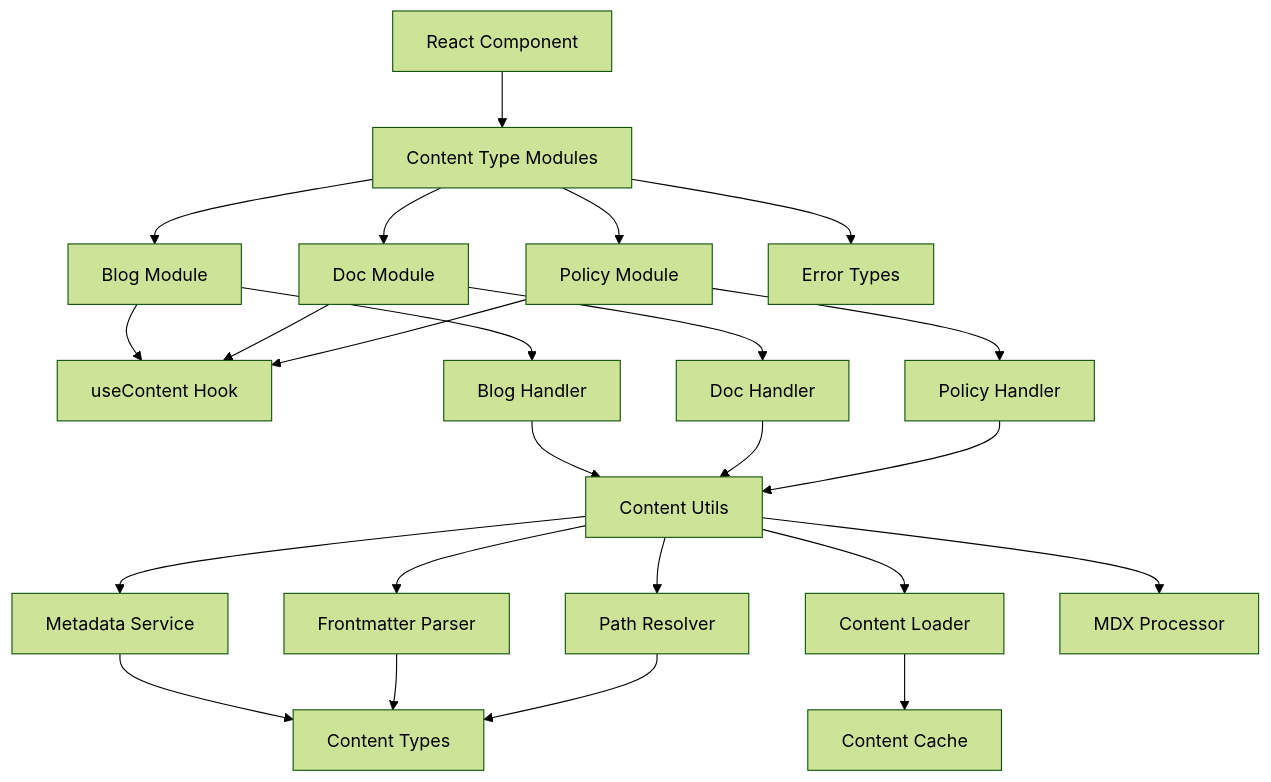
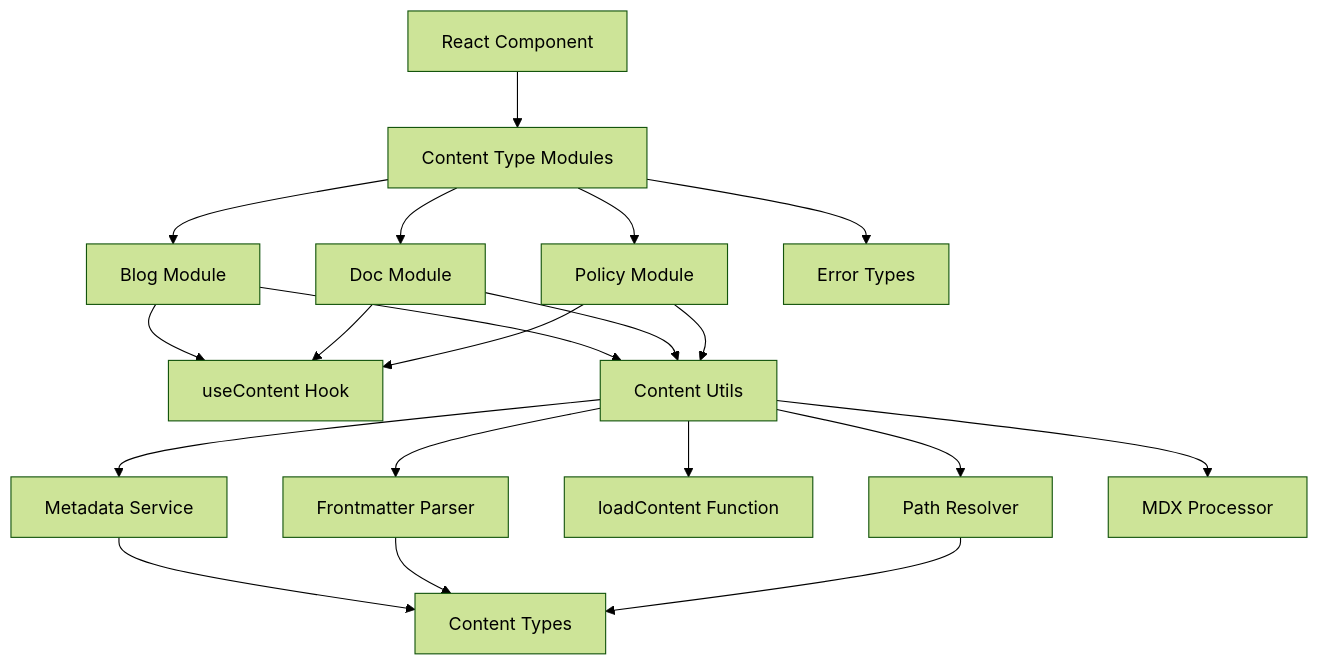
Before and after one commit to Mirascope/website: the diagram in src/lib/content/DESIGN.md, drawn with Mermaid (forest theme). The commit also changed other lines of this file and 10 other files, not shown here.

````diff
--- a/src/lib/content/DESIGN.md
+++ b/src/lib/content/DESIGN.md
@@ -9,31 +9,26 @@
 ```mermaid
 graph TD
     Component[React Component] --> ContentModules[Content Type Modules]
     ContentModules --> BlogModule[Blog Module]
     ContentModules --> DocModule[Doc Module]
     ContentModules --> PolicyModule[Policy Module]
     
     BlogModule --> useContent[useContent Hook]
     DocModule --> useContent
     PolicyModule --> useContent
     
-    BlogModule --> BlogHandler[Blog Handler]
-    DocModule --> DocHandler[Doc Handler]
-    PolicyModule --> PolicyHandler[Policy Handler]
-    
-    BlogHandler --> ContentUtils[Content Utils]
-    DocHandler --> ContentUtils
-    PolicyHandler --> ContentUtils
+    BlogModule --> ContentUtils[Content Utils]
+    DocModule --> ContentUtils
+    PolicyModule --> ContentUtils
     
     ContentUtils --> PathResolver[Path Resolver]
     ContentUtils --> MetadataService[Metadata Service]
-    ContentUtils --> ContentLoader[Content Loader]
+    ContentUtils --> LoadContent[loadContent Function]
     ContentUtils --> FrontmatterParser[Frontmatter Parser]
     ContentUtils --> MDXProcessor[MDX Processor]
     
-    ContentLoader --> ContentCache[Content Cache]
     MetadataService --> ContentTypes[Content Types]
     FrontmatterParser --> ContentTypes
     PathResolver --> ContentTypes
     ContentModules --> ErrorHandling[Error Types]
 ```
````
